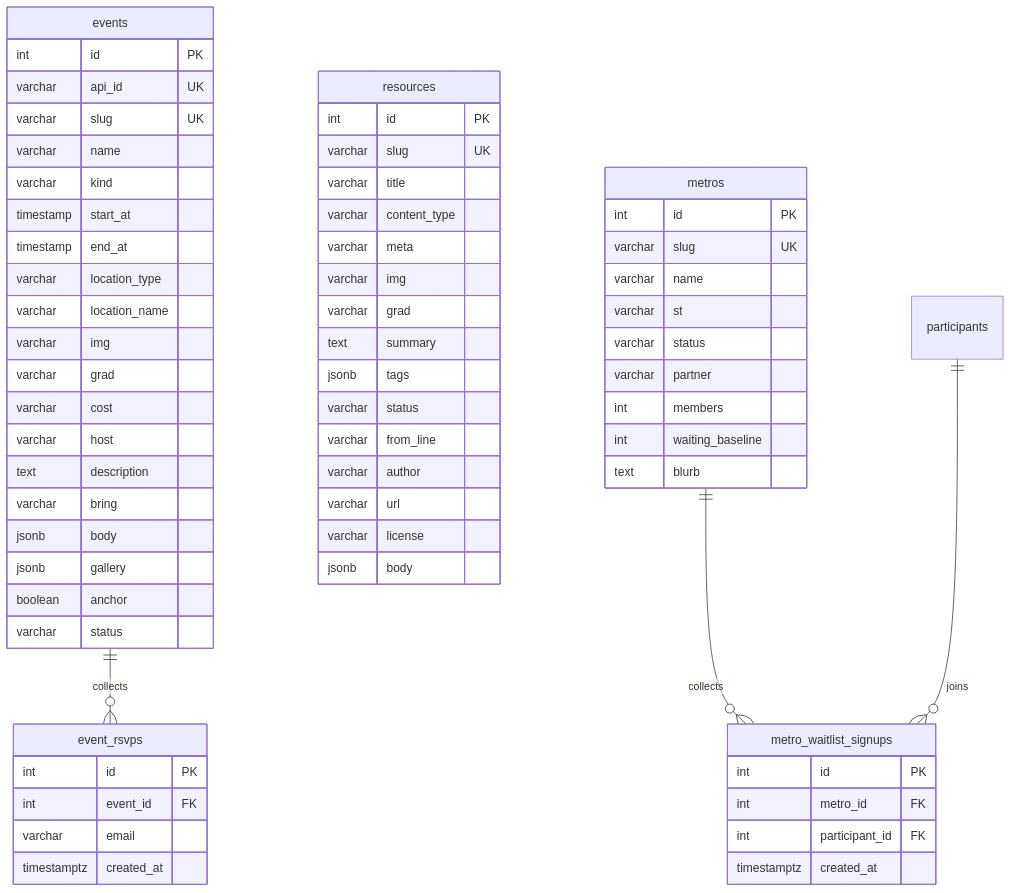
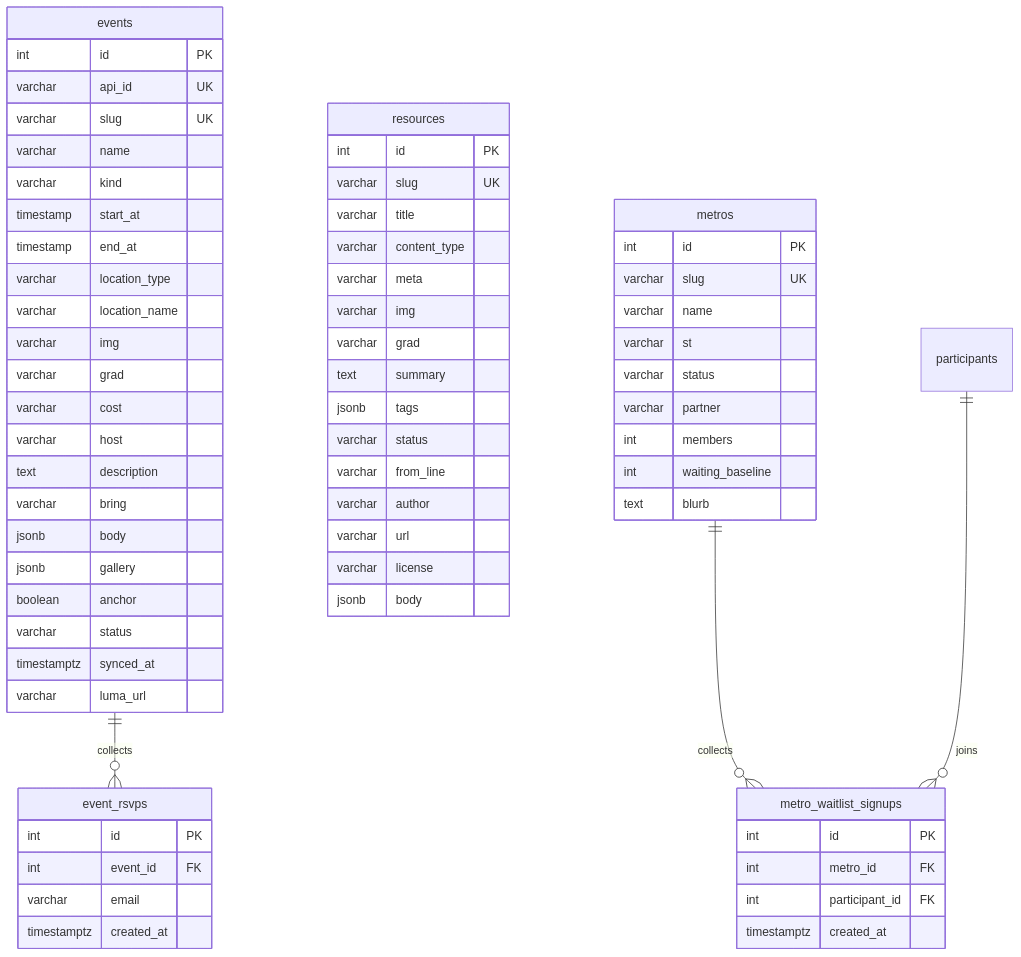
The seventh of 7 diagrams in SCHEMA.md (TheUpskillingLabs/OLOS), drawn with Mermaid before and after one commit. The commit also changed other lines of this file and 11 other files, not shown here.

````diff
--- a/SCHEMA.md
+++ b/SCHEMA.md
@@ -425,72 +425,74 @@
 ```mermaid
 erDiagram
     events {
         int id PK
         varchar api_id UK
         varchar slug UK
         varchar name
         varchar kind
         timestamp start_at
         timestamp end_at
         varchar location_type
         varchar location_name
         varchar img
         varchar grad
         varchar cost
         varchar host
         text description
         varchar bring
         jsonb body
         jsonb gallery
         boolean anchor
         varchar status
+        timestamptz synced_at
+        varchar luma_url
     }
 
     resources {
         int id PK
         varchar slug UK
         varchar title
         varchar content_type
         varchar meta
         varchar img
         varchar grad
         text summary
         jsonb tags
         varchar status
         varchar from_line
         varchar author
         varchar url
         varchar license
         jsonb body
     }
 
     metros {
         int id PK
         varchar slug UK
         varchar name
         varchar st
         varchar status
         varchar partner
         int members
         int waiting_baseline
         text blurb
     }
 
     metro_waitlist_signups {
         int id PK
         int metro_id FK
         int participant_id FK
         timestamptz created_at
     }
 
     event_rsvps {
         int id PK
         int event_id FK
         varchar email
         timestamptz created_at
     }
 
     metros ||--o{ metro_waitlist_signups : "collects"
     participants ||--o{ metro_waitlist_signups : "joins"
     events ||--o{ event_rsvps : "collects"
 ```
````
